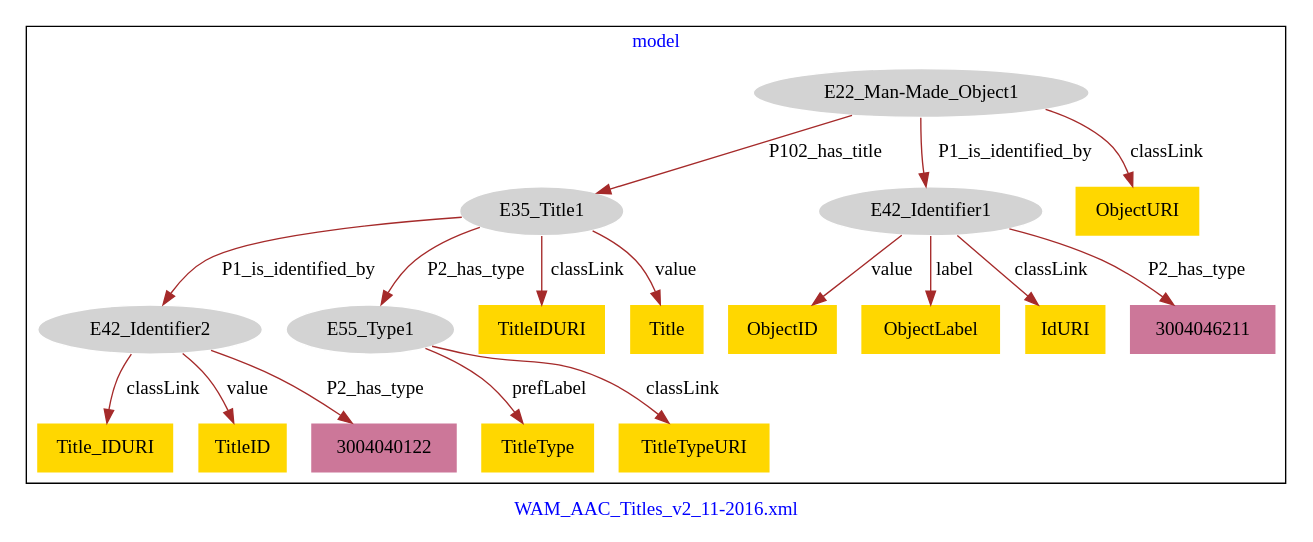
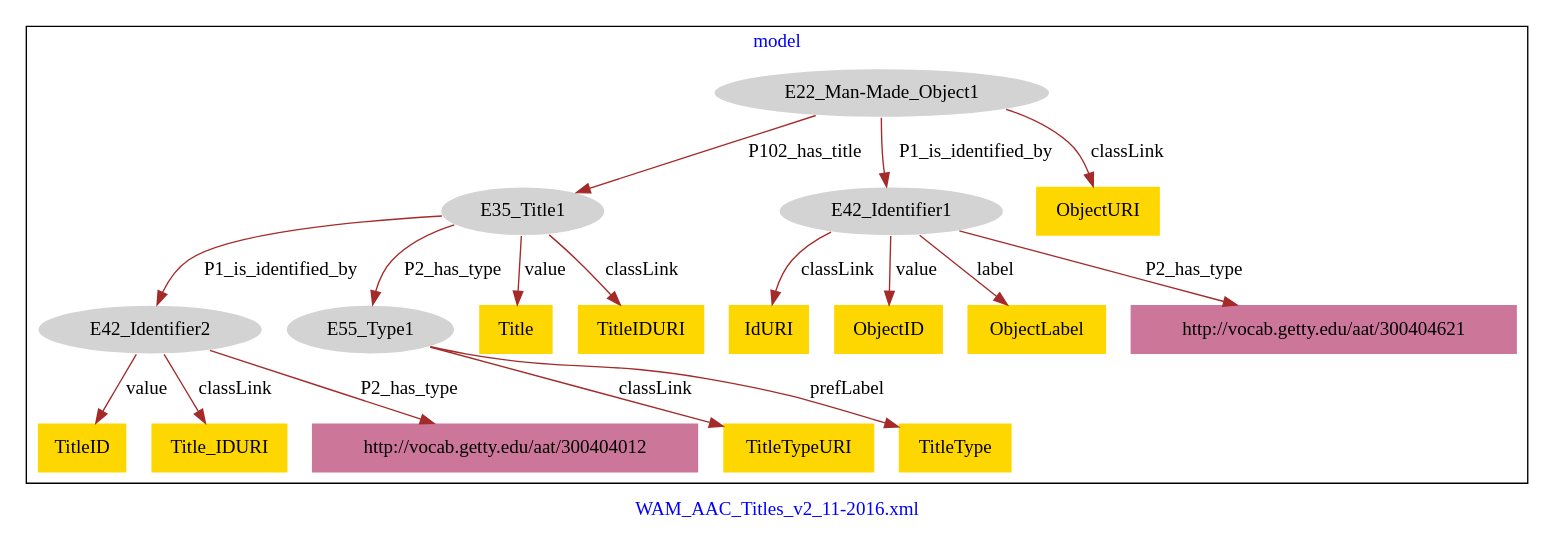
One commit to american-art/wam changed the diagram in WAM_AAC_Titles/WAM_AAC_OtherTitles-model.dot. Above: the diagram before and after it, drawn with Graphviz.

Commit message:
Update file WAM_AAC_OtherTitles-model.dot

```diff
--- a/WAM_AAC_Titles/WAM_AAC_OtherTitles-model.dot
+++ b/WAM_AAC_Titles/WAM_AAC_OtherTitles-model.dot
@@ -1,41 +1,41 @@
 digraph n0 {
 fontcolor="blue"
 remincross="true"
 label="WAM_AAC_Titles_v2_11-2016.xml"
 subgraph cluster {
 label="model"
 n2[style="filled",color="white",fillcolor="lightgray",label="E22_Man-Made_Object1"];
 n3[style="filled",color="white",fillcolor="lightgray",label="E35_Title1"];
 n4[style="filled",color="white",fillcolor="lightgray",label="E42_Identifier1"];
 n5[style="filled",color="white",fillcolor="lightgray",label="E42_Identifier2"];
 n6[style="filled",color="white",fillcolor="lightgray",label="E55_Type1"];
-n7[shape="plaintext",style="filled",fillcolor="gold",label="Title_IDURI"];
-n8[shape="plaintext",style="filled",fillcolor="gold",label="TitleIDURI"];
-n9[shape="plaintext",style="filled",fillcolor="gold",label="ObjectID"];
-n10[shape="plaintext",style="filled",fillcolor="gold",label="ObjectLabel"];
+n7[shape="plaintext",style="filled",fillcolor="gold",label="TitleTypeURI"];
+n8[shape="plaintext",style="filled",fillcolor="gold",label="ObjectURI"];
+n9[shape="plaintext",style="filled",fillcolor="gold",label="IdURI"];
+n10[shape="plaintext",style="filled",fillcolor="gold",label="ObjectID"];
 n11[shape="plaintext",style="filled",fillcolor="gold",label="Title"];
 n12[shape="plaintext",style="filled",fillcolor="gold",label="TitleID"];
-n13[shape="plaintext",style="filled",fillcolor="gold",label="TitleType"];
-n14[shape="plaintext",style="filled",fillcolor="gold",label="IdURI"];
-n15[shape="plaintext",style="filled",fillcolor="gold",label="TitleTypeURI"];
-n16[shape="plaintext",style="filled",fillcolor="gold",label="ObjectURI"];
-n17[shape="plaintext",style="filled",fillcolor="#CC7799",label="3004040122"];
-n18[shape="plaintext",style="filled",fillcolor="#CC7799",label="3004046211"];
+n13[shape="plaintext",style="filled",fillcolor="gold",label="TitleIDURI"];
+n14[shape="plaintext",style="filled",fillcolor="gold",label="Title_IDURI"];
+n15[shape="plaintext",style="filled",fillcolor="gold",label="TitleType"];
+n16[shape="plaintext",style="filled",fillcolor="gold",label="ObjectLabel"];
+n17[shape="plaintext",style="filled",fillcolor="#CC7799",label="http://vocab.getty.edu/aat/300404012"];
+n18[shape="plaintext",style="filled",fillcolor="#CC7799",label="http://vocab.getty.edu/aat/300404621"];
 }
 n2 -> n3[color="brown",fontcolor="black",label="P102_has_title"]
 n2 -> n4[color="brown",fontcolor="black",label="P1_is_identified_by"]
 n3 -> n5[color="brown",fontcolor="black",label="P1_is_identified_by"]
 n3 -> n6[color="brown",fontcolor="black",label="P2_has_type"]
-n5 -> n7[color="brown",fontcolor="black",label="classLink"]
-n3 -> n8[color="brown",fontcolor="black",label="classLink"]
-n4 -> n9[color="brown",fontcolor="black",label="value"]
-n4 -> n10[color="brown",fontcolor="black",label="label"]
+n6 -> n7[color="brown",fontcolor="black",label="classLink"]
+n2 -> n8[color="brown",fontcolor="black",label="classLink"]
+n4 -> n9[color="brown",fontcolor="black",label="classLink"]
+n4 -> n10[color="brown",fontcolor="black",label="value"]
 n3 -> n11[color="brown",fontcolor="black",label="value"]
 n5 -> n12[color="brown",fontcolor="black",label="value"]
-n6 -> n13[color="brown",fontcolor="black",label="prefLabel"]
-n4 -> n14[color="brown",fontcolor="black",label="classLink"]
-n6 -> n15[color="brown",fontcolor="black",label="classLink"]
-n2 -> n16[color="brown",fontcolor="black",label="classLink"]
+n3 -> n13[color="brown",fontcolor="black",label="classLink"]
+n5 -> n14[color="brown",fontcolor="black",label="classLink"]
+n6 -> n15[color="brown",fontcolor="black",label="prefLabel"]
+n4 -> n16[color="brown",fontcolor="black",label="label"]
 n5 -> n17[color="brown",fontcolor="black",label="P2_has_type"]
 n4 -> n18[color="brown",fontcolor="black",label="P2_has_type"]
 }
```
